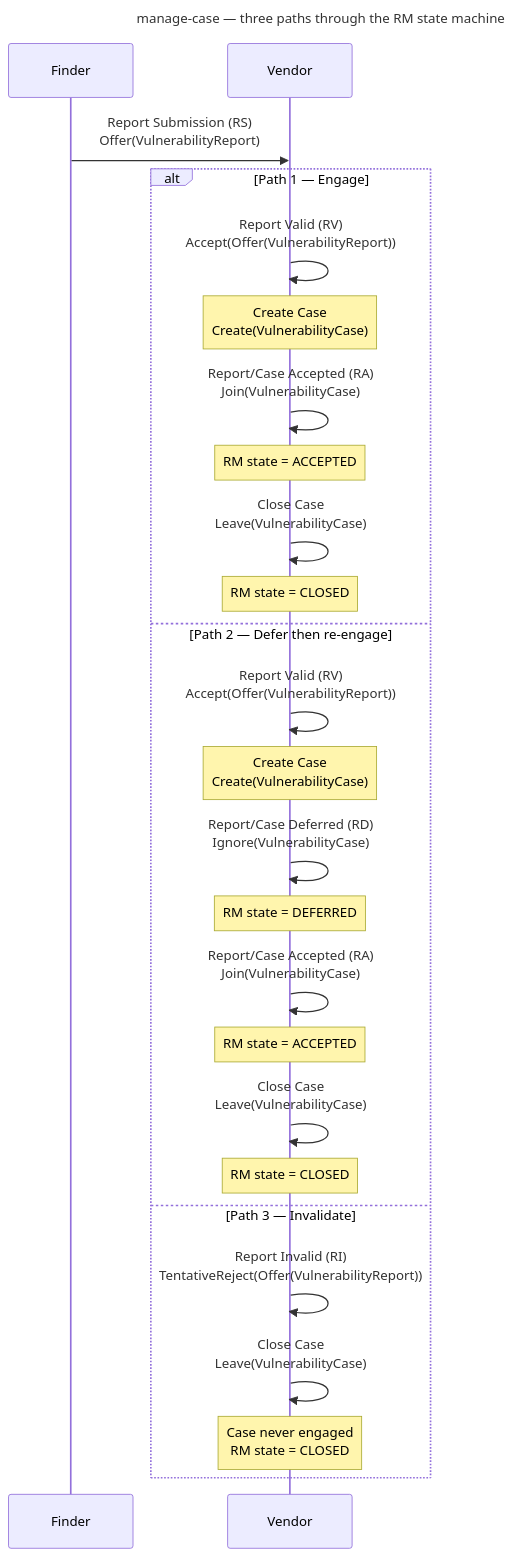
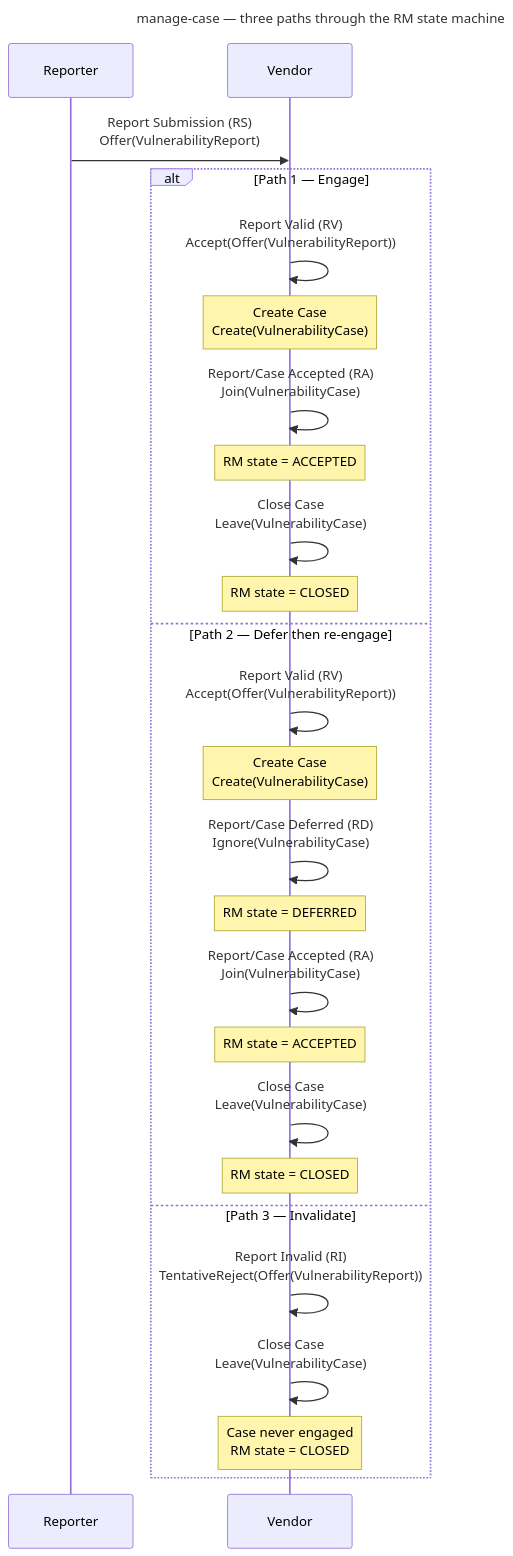
The ninth of 9 diagrams in docs/tutorials/other_demos.md (CERTCC/Vultron), drawn with Mermaid before and after one commit. The commit also changed other lines of this file and 12 other files, not shown here.

````diff
--- a/docs/tutorials/other_demos.md
+++ b/docs/tutorials/other_demos.md
@@ -415,31 +415,31 @@
 ```mermaid
 ---
 title: manage-case — three paths through the RM state machine
 ---
 sequenceDiagram
-    participant F as Finder
+    participant R as Reporter
     participant V as Vendor
 
-    F->>V: Report Submission (RS)<br/>Offer(VulnerabilityReport)
+    R->>V: Report Submission (RS)<br/>Offer(VulnerabilityReport)
     alt Path 1 — Engage
         V->>V: Report Valid (RV)<br/>Accept(Offer(VulnerabilityReport))
         Note over V: Create Case<br/>Create(VulnerabilityCase)
         V->>V: Report/Case Accepted (RA)<br/>Join(VulnerabilityCase)
         Note over V: RM state = ACCEPTED
         V->>V: Close Case<br/>Leave(VulnerabilityCase)
         Note over V: RM state = CLOSED
     else Path 2 — Defer then re-engage
         V->>V: Report Valid (RV)<br/>Accept(Offer(VulnerabilityReport))
         Note over V: Create Case<br/>Create(VulnerabilityCase)
         V->>V: Report/Case Deferred (RD)<br/>Ignore(VulnerabilityCase)
         Note over V: RM state = DEFERRED
         V->>V: Report/Case Accepted (RA)<br/>Join(VulnerabilityCase)
         Note over V: RM state = ACCEPTED
         V->>V: Close Case<br/>Leave(VulnerabilityCase)
         Note over V: RM state = CLOSED
     else Path 3 — Invalidate
         V->>V: Report Invalid (RI)<br/>TentativeReject(Offer(VulnerabilityReport))
         V->>V: Close Case<br/>Leave(VulnerabilityCase)
         Note over V: Case never engaged<br/>RM state = CLOSED
     end
 ```
````
